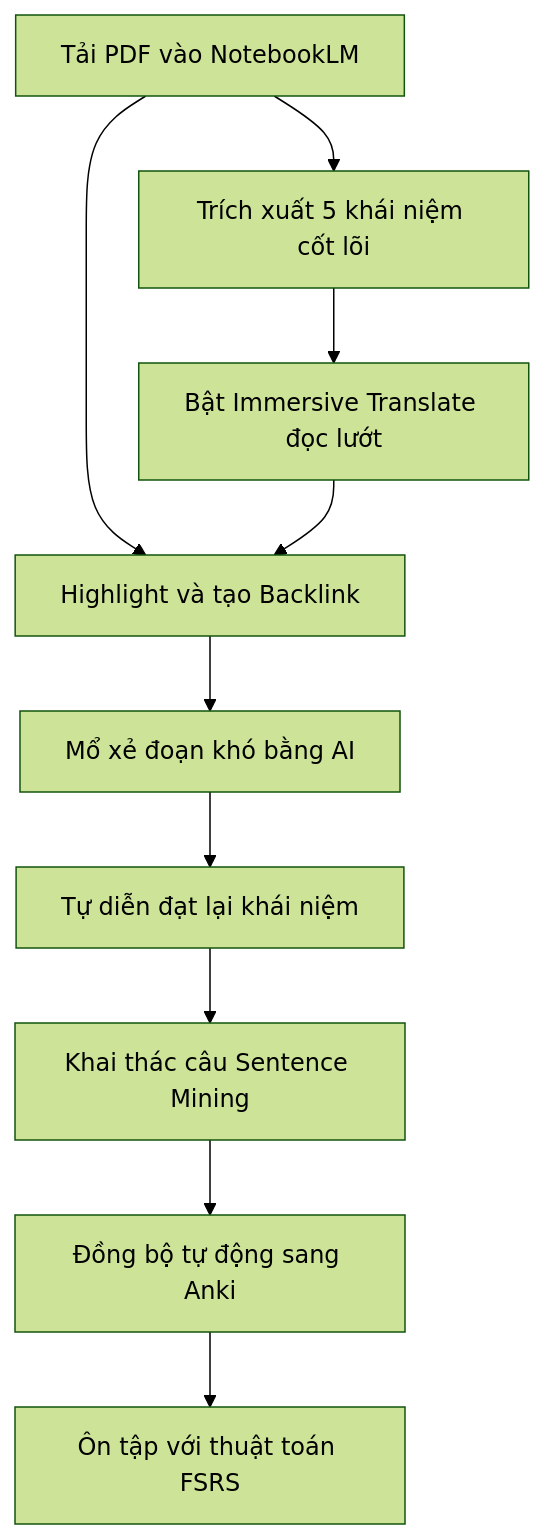
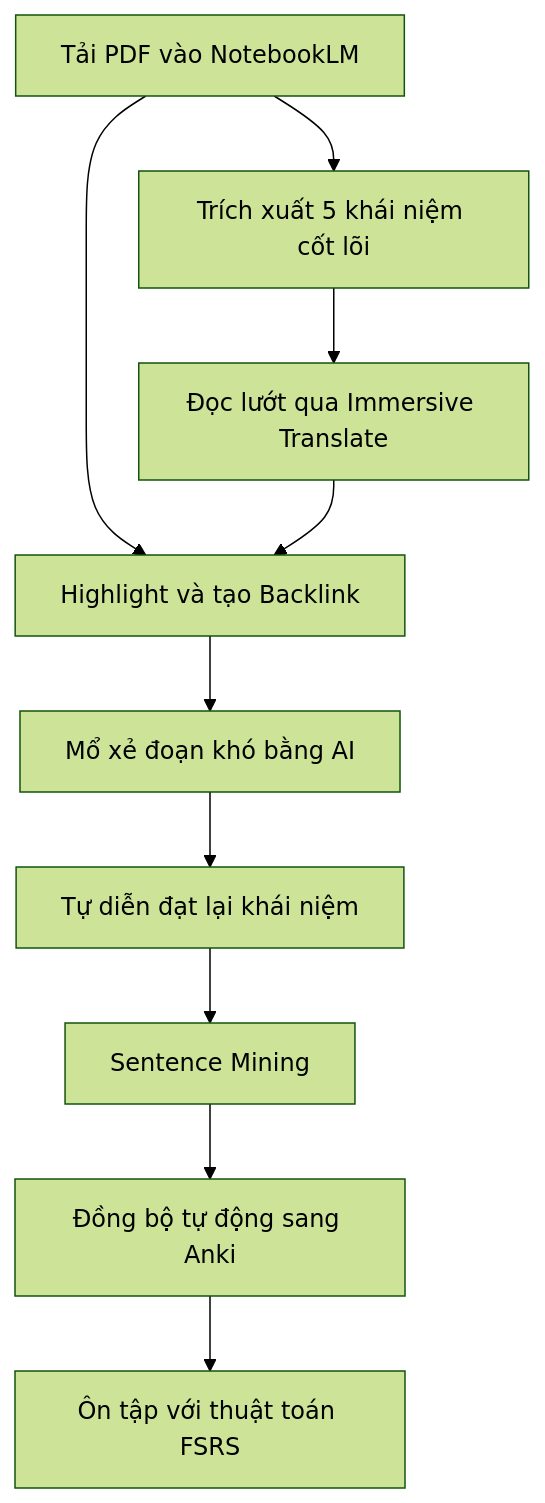
One commit to nguyengoctin/my_website changed the diagram in content/posts/he-thong-phuong-phap-doc-tai-lieu-it-ai-voi-ai-va-srs.md. Above: the diagram before and after it, drawn with Mermaid (forest theme). The commit also changed 9 other files, not shown here.

````diff
--- a/content/posts/he-thong-phuong-phap-doc-tai-lieu-it-ai-voi-ai-va-srs.md
+++ b/content/posts/he-thong-phuong-phap-doc-tai-lieu-it-ai-voi-ai-va-srs.md
@@ -163,12 +163,21 @@
 ```mermaid
 flowchart TD
-    A1["Tải PDF vào NotebookLM"] --> A2["Trích xuất 5 khái niệm cốt lõi"]
-    A2 --> A3["Bật Immersive Translate đọc lướt"]
-    A1 --> B1["Highlight và tạo Backlink"]
+    A1["`Tải PDF vào NotebookLM`"]
+    A2["`Trích xuất 5 khái niệm cốt lõi`"]
+    A3["`Đọc lướt qua Immersive Translate`"]
+    B1["`Highlight và tạo Backlink`"]
+    B2["`Mổ xẻ đoạn khó bằng AI`"]
+    B3["`Tự diễn đạt lại khái niệm`"]
+    C1["`Sentence Mining`"]
+    C2["`Đồng bộ tự động sang Anki`"]
+    C3["`Ôn tập với thuật toán FSRS`"]
+    A1 --> A2
+    A2 --> A3
+    A1 --> B1
     A3 --> B1
-    B1 --> B2["Mổ xẻ đoạn khó bằng AI"]
-    B2 --> B3["Tự diễn đạt lại khái niệm"]
-    B3 --> C1["Khai thác câu Sentence Mining"]
-    C1 --> C2["Đồng bộ tự động sang Anki"]
-    C2 --> C3["Ôn tập với thuật toán FSRS"]
+    B1 --> B2
+    B2 --> B3
+    B3 --> C1
+    C1 --> C2
+    C2 --> C3
 ```
````
